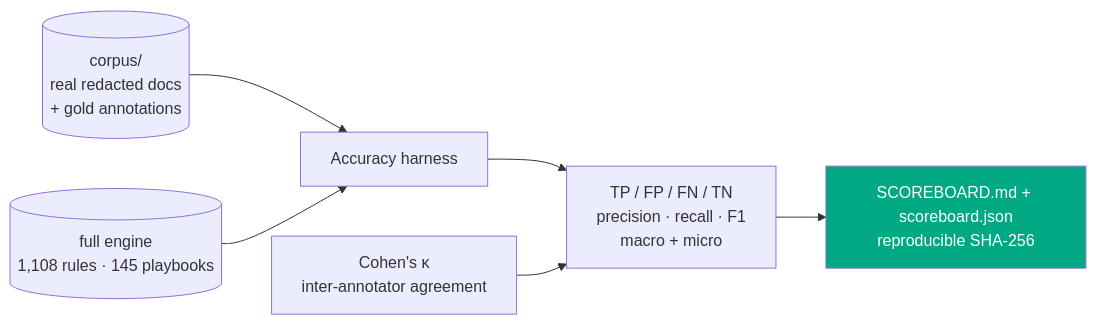
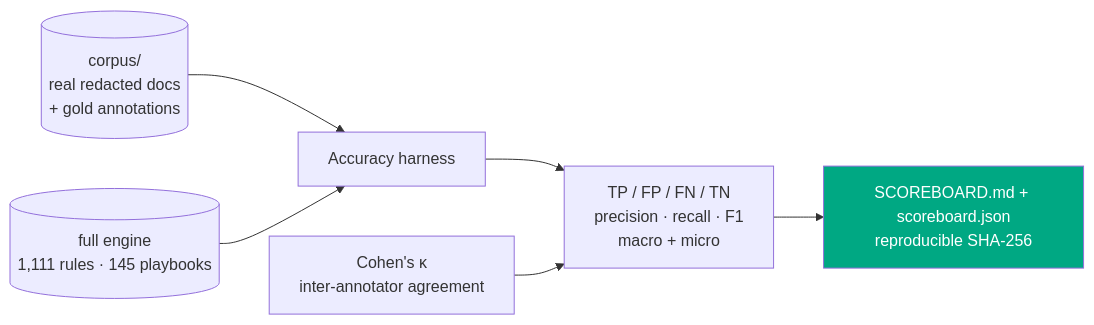
Before and after one commit to clay-good/vaulytica: the seventh of 11 diagrams in README.md, drawn with Mermaid. The commit also changed other lines of this file and 107 other files, not shown here.

````diff
--- a/README.md
+++ b/README.md
@@ -1204,9 +1204,9 @@
 ```mermaid
 flowchart LR
   C[(corpus/<br/>real redacted docs<br/>+ gold annotations)] --> H[Accuracy harness]
-  R[(full engine<br/>1,108 rules · 145 playbooks)] --> H
+  R[(full engine<br/>1,111 rules · 145 playbooks)] --> H
   H --> M[TP / FP / FN / TN<br/>precision · recall · F1<br/>macro + micro]
   M --> S[SCOREBOARD.md + scoreboard.json<br/>reproducible SHA-256]
   K[Cohen's κ<br/>inter-annotator agreement] --> M
   style S fill:#00A883,color:#fff
 ```
````
